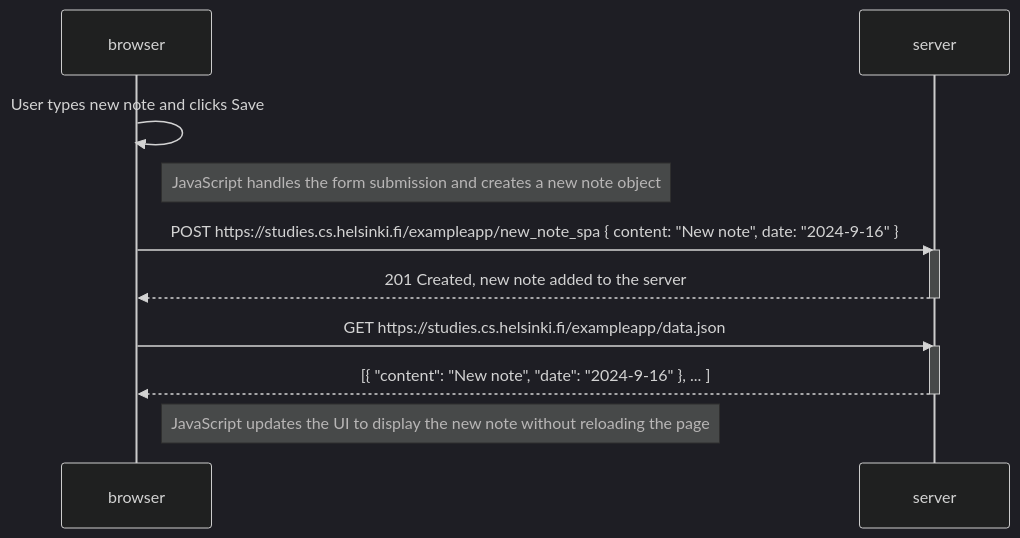
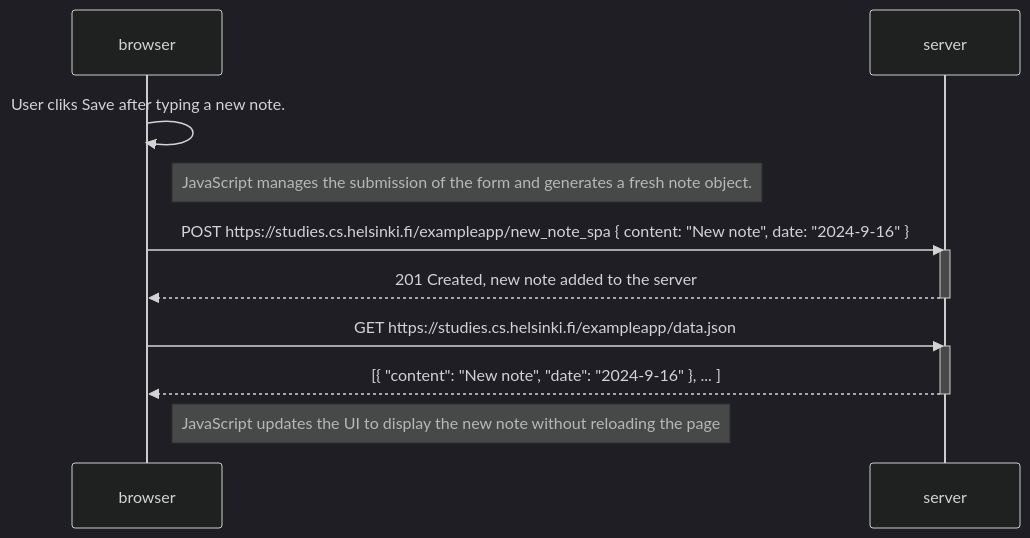
Before and after one commit to robertomergon/Full-Stack-Open-2024: the diagram in part-0/0.6-New-note-in-Single-page-app-diagram.md, drawn with Mermaid (dark theme).

Commit message:
[FIX] Minor fixes

````diff
--- a/part-0/0.6-New-note-in-Single-page-app-diagram.md
+++ b/part-0/0.6-New-note-in-Single-page-app-diagram.md
@@ -1,20 +1,20 @@
 ```mermaid	
 sequenceDiagram;
     participant browser
     participant server
 
-    browser->>browser: User types new note and clicks Save
-    Note right of browser: JavaScript handles the form submission and creates a new note object
+    browser->>browser: User cliks Save after typing a new note.
+    Note right of browser: JavaScript manages the submission of the form and generates a fresh note object.
 
     browser->>server: POST https://studies.cs.helsinki.fi/exampleapp/new_note_spa { content: "New note", date: "2024-9-16" }
     activate server
     server-->>browser: 201 Created, new note added to the server
     deactivate server
 
     browser->>server: GET https://studies.cs.helsinki.fi/exampleapp/data.json
     activate server
     server-->>browser: [{ "content": "New note", "date": "2024-9-16" }, ... ]
     deactivate server
 
     Note right of browser: JavaScript updates the UI to display the new note without reloading the page
 ```
````
